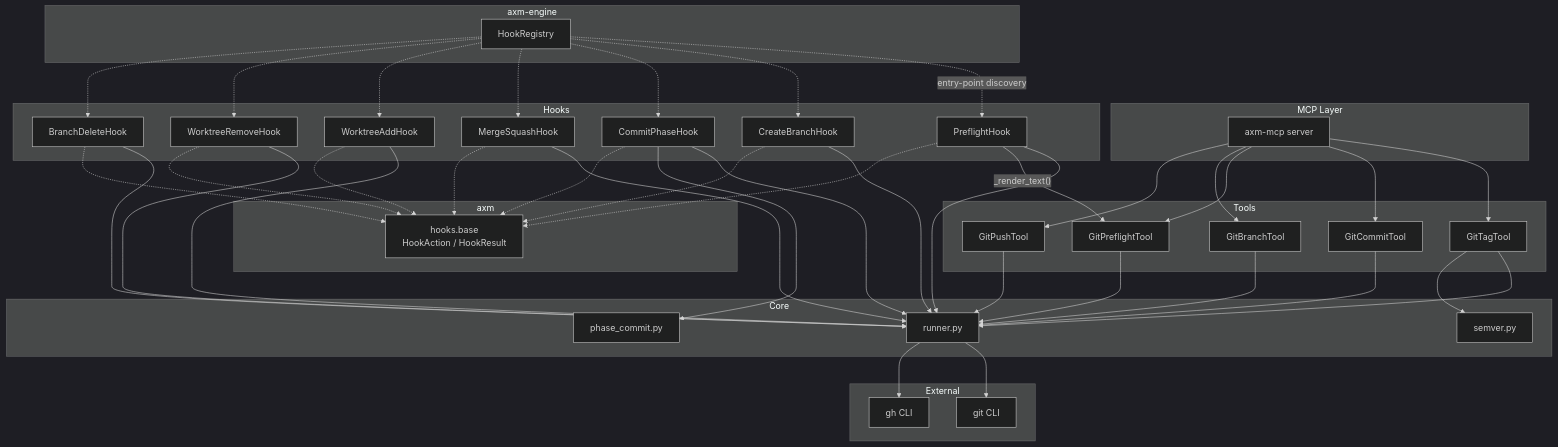
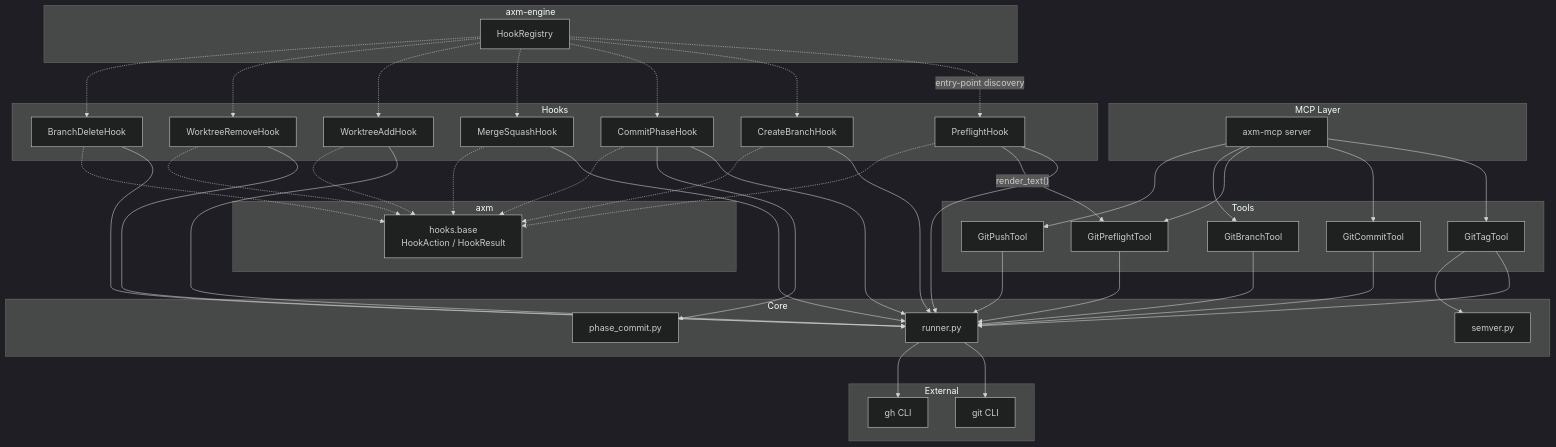
Before and after one commit to axm-protocols/axm-forge: the diagram in packages/axm-git/docs/explanation/architecture.md, drawn with Mermaid (dark theme). The commit also changed other lines of this file and 2 other files, not shown here.

Commit message:
docs(axm-git): align hook/tool docs with code surface
Fix documentation drift detected by the doc-coherence audit:

- architecture.md: rename `_render_text` -> `render_text` (function is
  now public; mermaid edge label and prose updated).
- reference/cli.md: add missing `git_clone` tool row and the five
  undocumented lifecycle hooks (branch-delete, push, pull-main,
  create-pr, await-merge) that ship as entry points.
- index.md: list the full hook set in the Features summary.

````diff
--- a/packages/axm-git/docs/explanation/architecture.md
+++ b/packages/axm-git/docs/explanation/architecture.md
@@ -7,80 +7,80 @@
 ```mermaid
 graph TD
     subgraph "MCP Layer"
         MCP["axm-mcp server"]
     end
 
     subgraph "Tools"
         Tag["GitTagTool"]
         Commit["GitCommitTool"]
         Preflight["GitPreflightTool"]
         Branch["GitBranchTool"]
         Push["GitPushTool"]
     end
 
     subgraph "Hooks"
         PF["PreflightHook"]
         CB["CreateBranchHook"]
         BD["BranchDeleteHook"]
         CP["CommitPhaseHook"]
         MS["MergeSquashHook"]
         WA["WorktreeAddHook"]
         WR["WorktreeRemoveHook"]
     end
 
     subgraph "Core"
         Runner["runner.py"]
         Semver["semver.py"]
         PhaseCommit["phase_commit.py"]
     end
 
     subgraph "External"
         Git["git CLI"]
         GH["gh CLI"]
     end
 
     subgraph "axm"
         HookBase["hooks.base<br>HookAction / HookResult"]
     end
 
     subgraph "axm-engine"
         Registry["HookRegistry"]
     end
 
     MCP --> Tag
     MCP --> Commit
     MCP --> Preflight
     MCP --> Branch
     MCP --> Push
     Tag --> Runner
     Tag --> Semver
     Commit --> Runner
     Preflight --> Runner
     Branch --> Runner
     Push --> Runner
     PF --> Runner
-    PF -->|"_render_text()"| Preflight
+    PF -->|"render_text()"| Preflight
     CB --> Runner
     CP --> Runner
     CP --> PhaseCommit
     MS --> Runner
     WA --> Runner
     WR --> Runner
     BD --> Runner
     Runner --> Git
     Runner --> GH
     PF -.-> HookBase
     CB -.-> HookBase
     CP -.-> HookBase
     MS -.-> HookBase
     WA -.-> HookBase
     WR -.-> HookBase
     BD -.-> HookBase
     Registry -.->|"entry-point discovery"| PF
     Registry -.-> CB
     Registry -.-> CP
     Registry -.-> MS
     Registry -.-> WA
     Registry -.-> WR
     Registry -.-> BD
 ```
````
